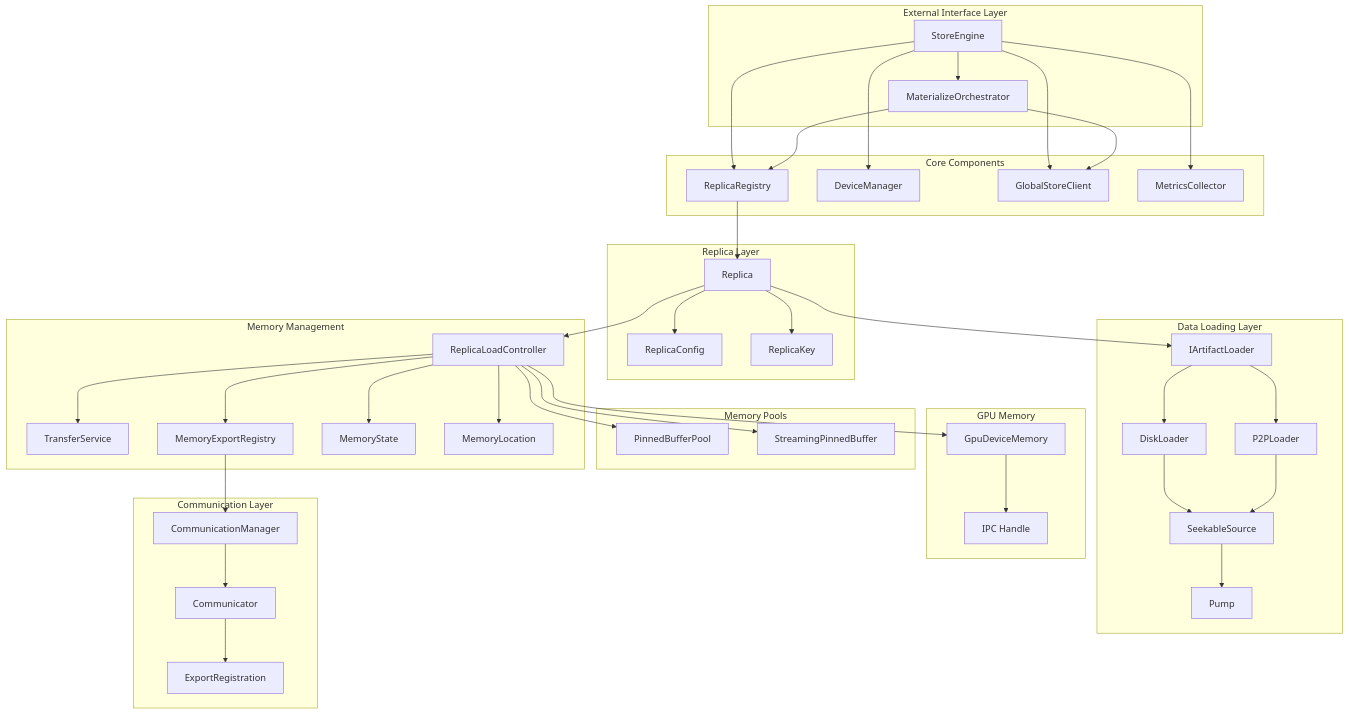
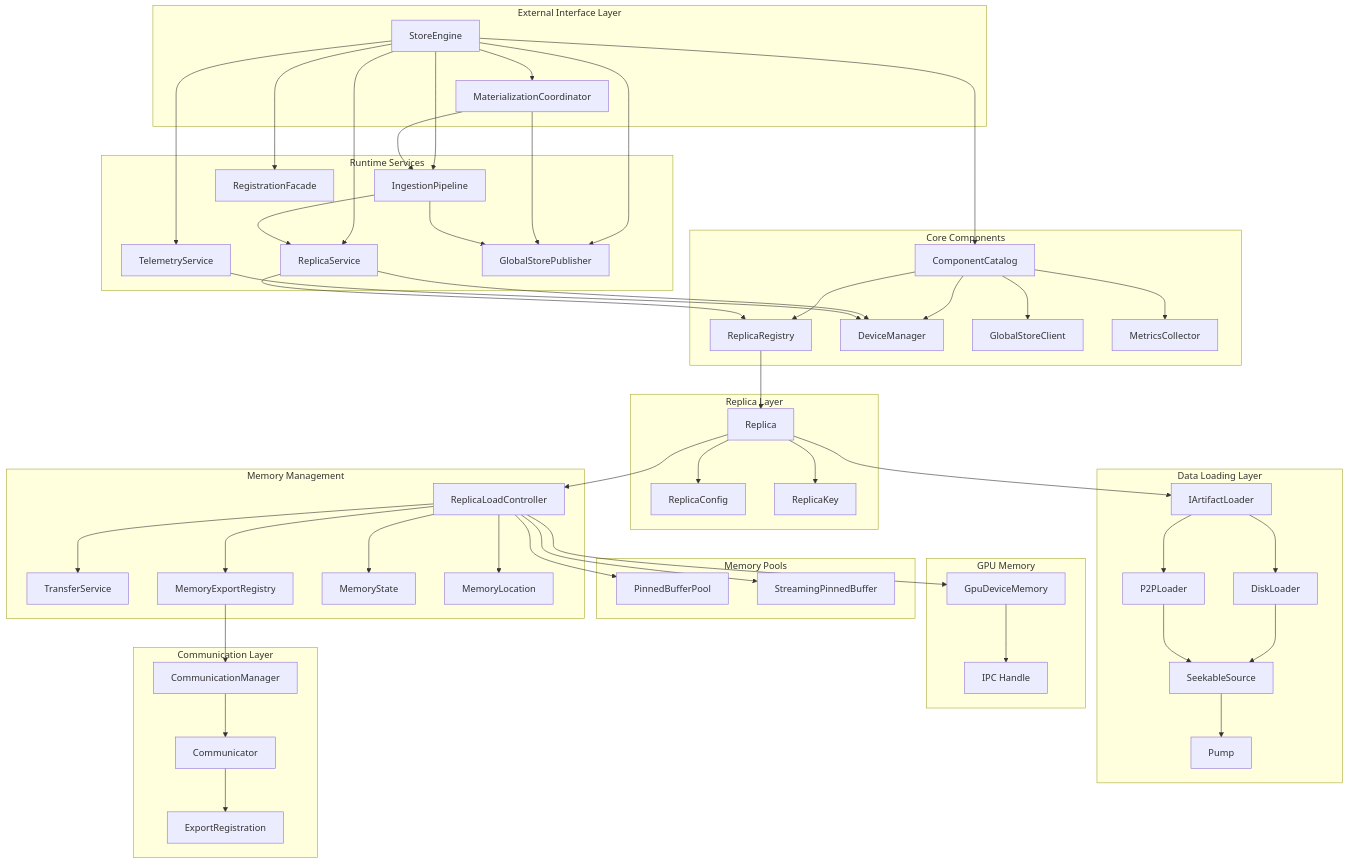
The first of 14 diagrams in core/store/docs/architecture.md (tensorcast-ai/tensorcast), drawn with Mermaid before and after one commit. The commit also changed other lines of this file and 68 other files, not shown here.

Commit message:
refactor(store): enhance materialization pipeline and registration components

```diff
--- a/core/store/docs/architecture.md
+++ b/core/store/docs/architecture.md
@@ -19,10 +19,11 @@
 graph TB
     subgraph "External Interface Layer"
         CS[StoreEngine]
-        PO[MaterializeOrchestrator]
+        PO[MaterializationCoordinator]
     end
 
     subgraph "Core Components"
+        CC[ComponentCatalog]
         MR[ReplicaRegistry]
         DM[DeviceManager]
         GSC[GlobalStoreClient]
@@ -67,13 +68,32 @@
         CRI[ExportRegistration]
     end
 
+    subgraph "Runtime Services"
+        RS[ReplicaService]
+        TP[TelemetryService]
+        GP[GlobalStorePublisher]
+        IP[IngestionPipeline]
+        RF[RegistrationFacade]
+    end
+
     CS --> PO
-    CS --> MR
-    CS --> DM
-    CS --> GSC
-    CS --> MC
-    PO --> GSC
-    PO --> MR
+    CS --> RS
+    CS --> TP
+    CS --> GP
+    CS --> IP
+    CS --> RF
+    CS --> CC
+    CC --> MR
+    CC --> DM
+    CC --> GSC
+    CC --> MC
+    PO --> IP
+    PO --> GP
+    RS --> MR
+    RS --> DM
+    IP --> RS
+    IP --> GP
+    TP --> DM
 
     MR --> M
     M --> IK
```
